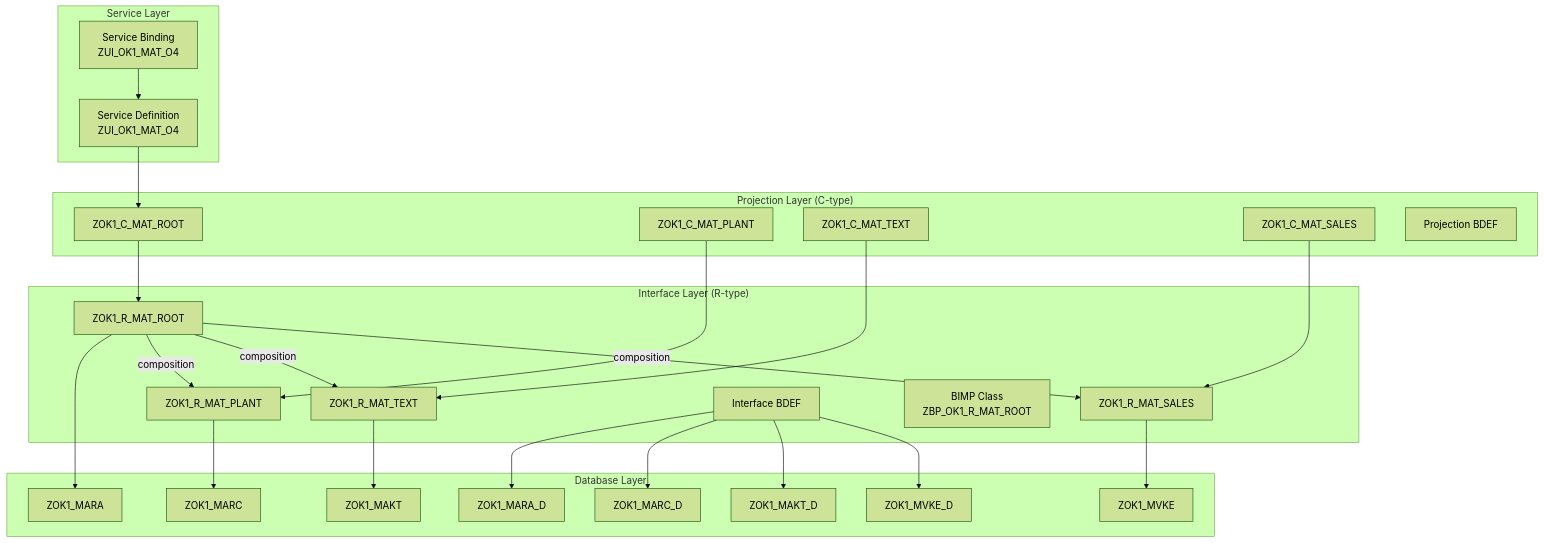
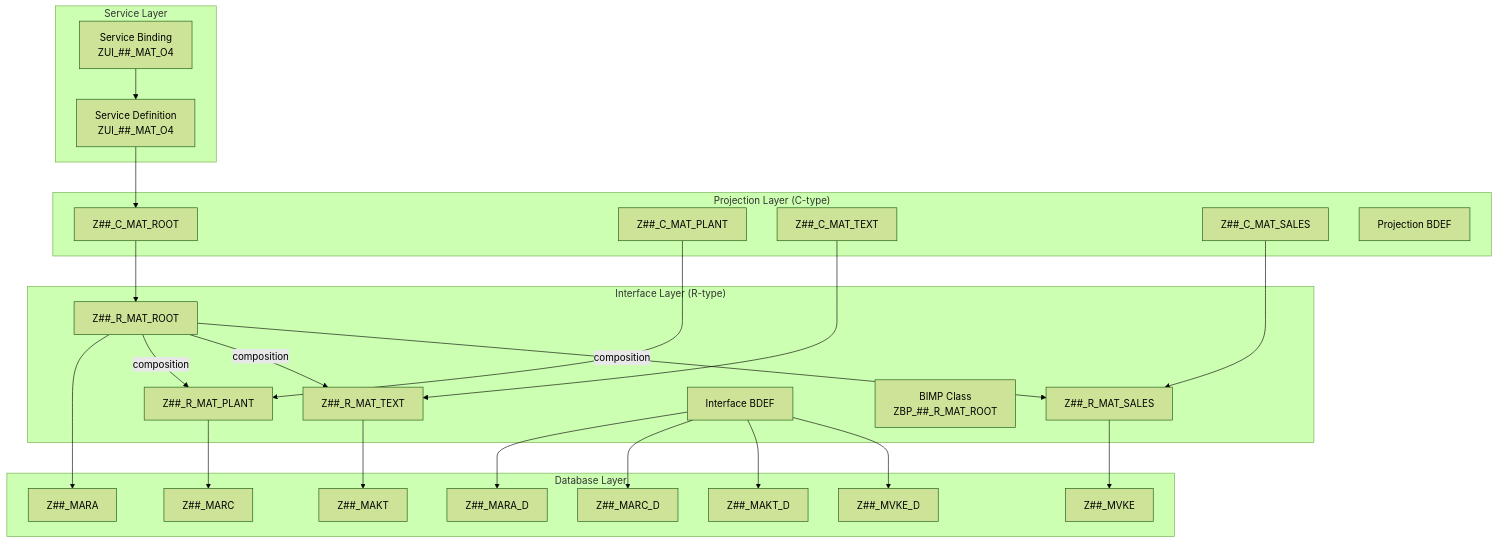
One commit to fr0ster/cloud-llm-hub changed the second of 10 diagrams in docs/tutorials/rap-bo-creation.md. Above: the diagram before and after it, drawn with Mermaid (forest theme). The commit also changed other lines of this file, not shown here.

````diff
--- a/docs/tutorials/rap-bo-creation.md
+++ b/docs/tutorials/rap-bo-creation.md
@@ -64,54 +64,54 @@
 ```mermaid
 graph TB
     subgraph "Service Layer"
-        SD[Service Definition<br/>ZUI_OK1_MAT_O4]
-        SB[Service Binding<br/>ZUI_OK1_MAT_O4]
+        SD[Service Definition<br/>ZUI_##_MAT_O4]
+        SB[Service Binding<br/>ZUI_##_MAT_O4]
     end
 
     subgraph "Projection Layer (C-type)"
-        CP_ROOT[ZOK1_C_MAT_ROOT]
-        CP_PLANT[ZOK1_C_MAT_PLANT]
-        CP_TEXT[ZOK1_C_MAT_TEXT]
-        CP_SALES[ZOK1_C_MAT_SALES]
+        CP_ROOT[Z##_C_MAT_ROOT]
+        CP_PLANT[Z##_C_MAT_PLANT]
+        CP_TEXT[Z##_C_MAT_TEXT]
+        CP_SALES[Z##_C_MAT_SALES]
         BDEF_P[Projection BDEF]
     end
 
     subgraph "Interface Layer (R-type)"
-        CI_ROOT[ZOK1_R_MAT_ROOT]
-        CI_PLANT[ZOK1_R_MAT_PLANT]
-        CI_TEXT[ZOK1_R_MAT_TEXT]
-        CI_SALES[ZOK1_R_MAT_SALES]
+        CI_ROOT[Z##_R_MAT_ROOT]
+        CI_PLANT[Z##_R_MAT_PLANT]
+        CI_TEXT[Z##_R_MAT_TEXT]
+        CI_SALES[Z##_R_MAT_SALES]
         BDEF_I[Interface BDEF]
-        BIMP[BIMP Class<br/>ZBP_OK1_R_MAT_ROOT]
+        BIMP[BIMP Class<br/>ZBP_##_R_MAT_ROOT]
     end
 
     subgraph "Database Layer"
-        T_MARA[ZOK1_MARA]
-        T_MARC[ZOK1_MARC]
-        T_MAKT[ZOK1_MAKT]
-        T_MVKE[ZOK1_MVKE]
-        T_MARA_D[ZOK1_MARA_D]
-        T_MARC_D[ZOK1_MARC_D]
-        T_MAKT_D[ZOK1_MAKT_D]
-        T_MVKE_D[ZOK1_MVKE_D]
+        T_MARA[Z##_MARA]
+        T_MARC[Z##_MARC]
+        T_MAKT[Z##_MAKT]
+        T_MVKE[Z##_MVKE]
+        T_MARA_D[Z##_MARA_D]
+        T_MARC_D[Z##_MARC_D]
+        T_MAKT_D[Z##_MAKT_D]
+        T_MVKE_D[Z##_MVKE_D]
     end
 
     SB --> SD
     SD --> CP_ROOT
     CP_ROOT --> CI_ROOT
     CP_PLANT --> CI_PLANT
     CP_TEXT --> CI_TEXT
     CP_SALES --> CI_SALES
     CI_ROOT --> T_MARA
     CI_PLANT --> T_MARC
     CI_TEXT --> T_MAKT
     CI_SALES --> T_MVKE
     BDEF_I --> T_MARA_D
     BDEF_I --> T_MARC_D
     BDEF_I --> T_MAKT_D
     BDEF_I --> T_MVKE_D
 
     CI_ROOT -- "composition" --> CI_PLANT
     CI_ROOT -- "composition" --> CI_TEXT
     CI_ROOT -- "composition" --> CI_SALES
 ```
````
